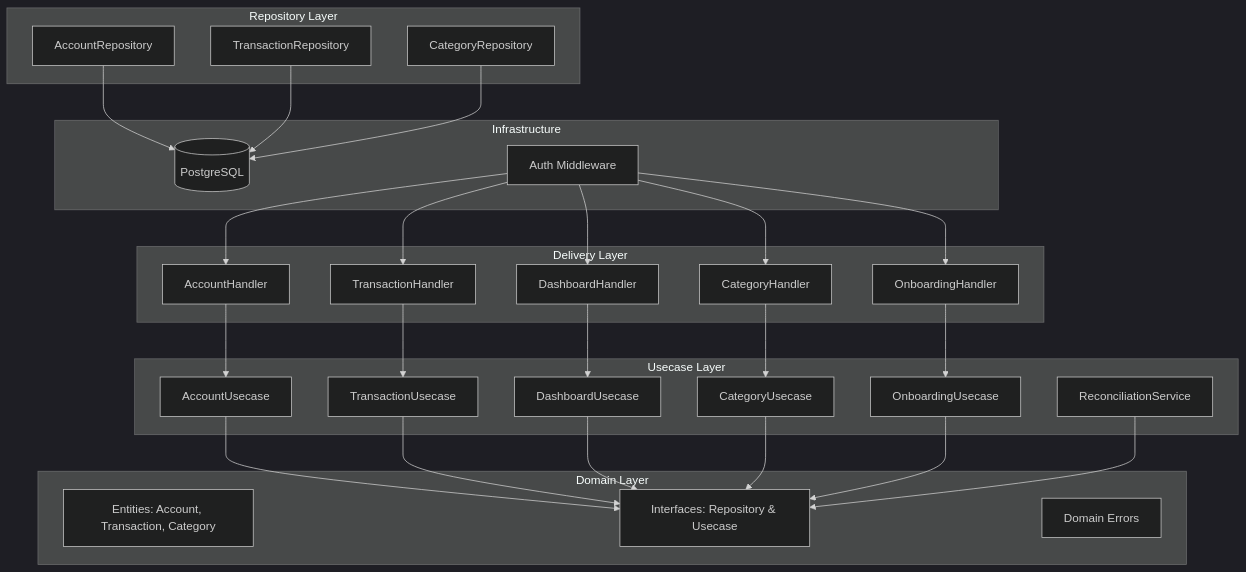
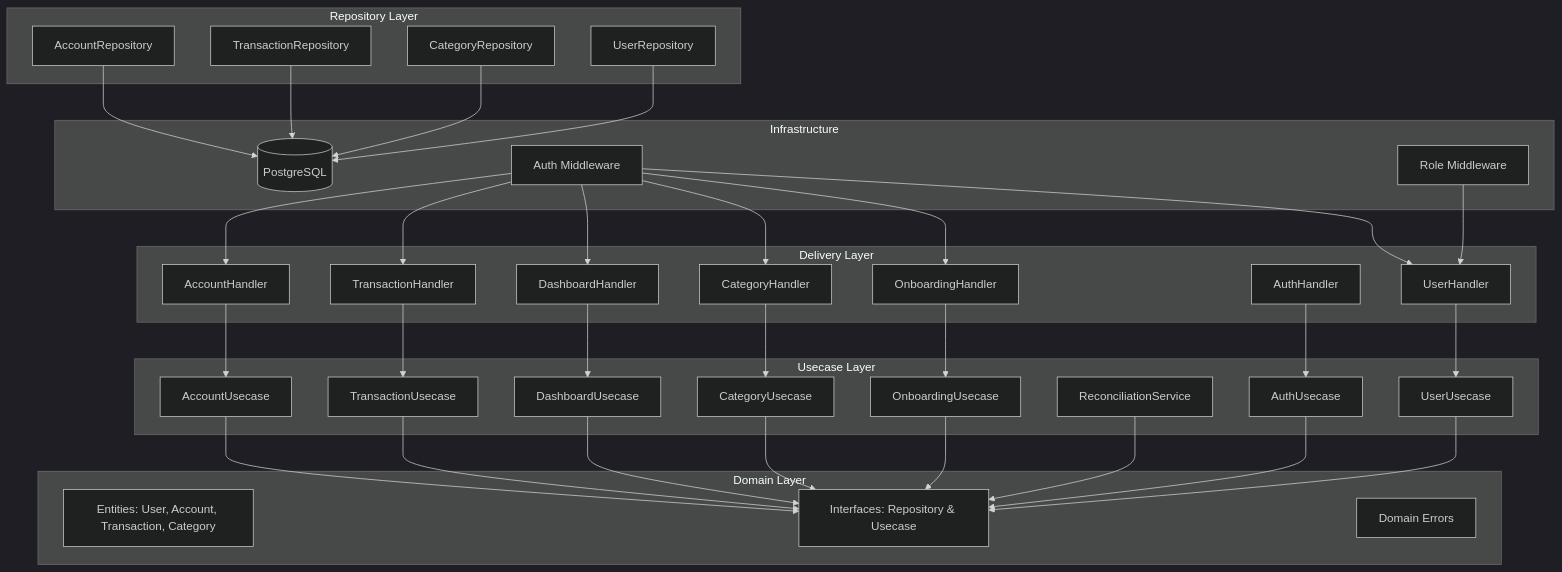
One commit to zuhriyansauqi/titik-nol-backend changed the first of 3 diagrams in README.md. Above: the diagram before and after it, drawn with Mermaid (dark theme). The commit also changed other lines of this file, not shown here.

Commit message:
docs: update readme with local auth, rbac, admin cli, and schema changes

````diff
--- a/README.md
+++ b/README.md
@@ -36,59 +37,72 @@
 ```mermaid
 graph TD
     subgraph "Delivery Layer"
         AH[AccountHandler]
         TH[TransactionHandler]
         DH[DashboardHandler]
         CH[CategoryHandler]
         OH[OnboardingHandler]
+        ATH[AuthHandler]
+        UH[UserHandler]
     end
 
     subgraph "Usecase Layer"
         AU[AccountUsecase]
         TU[TransactionUsecase]
         DU[DashboardUsecase]
         CU[CategoryUsecase]
         OU[OnboardingUsecase]
         RU[ReconciliationService]
+        ATU[AuthUsecase]
+        UU[UserUsecase]
     end
 
     subgraph "Domain Layer"
-        DE[Entities: Account, Transaction, Category]
+        DE[Entities: User, Account, Transaction, Category]
         DI[Interfaces: Repository & Usecase]
         DR[Domain Errors]
     end
 
     subgraph "Repository Layer"
         AR[AccountRepository]
         TR[TransactionRepository]
         CR[CategoryRepository]
+        UR[UserRepository]
     end
 
     subgraph "Infrastructure"
         DB[(PostgreSQL)]
         MW[Auth Middleware]
+        RM[Role Middleware]
     end
 
     AH --> AU
     TH --> TU
     DH --> DU
     CH --> CU
     OH --> OU
+    ATH --> ATU
+    UH --> UU
 
     AU --> DI
     TU --> DI
     DU --> DI
     CU --> DI
     OU --> DI
     RU --> DI
+    ATU --> DI
+    UU --> DI
 
     AR --> DB
     TR --> DB
     CR --> DB
+    UR --> DB
 
     MW --> AH
     MW --> TH
     MW --> DH
     MW --> CH
     MW --> OH
+    MW --> UH
+    RM --> UH
 ```
````
